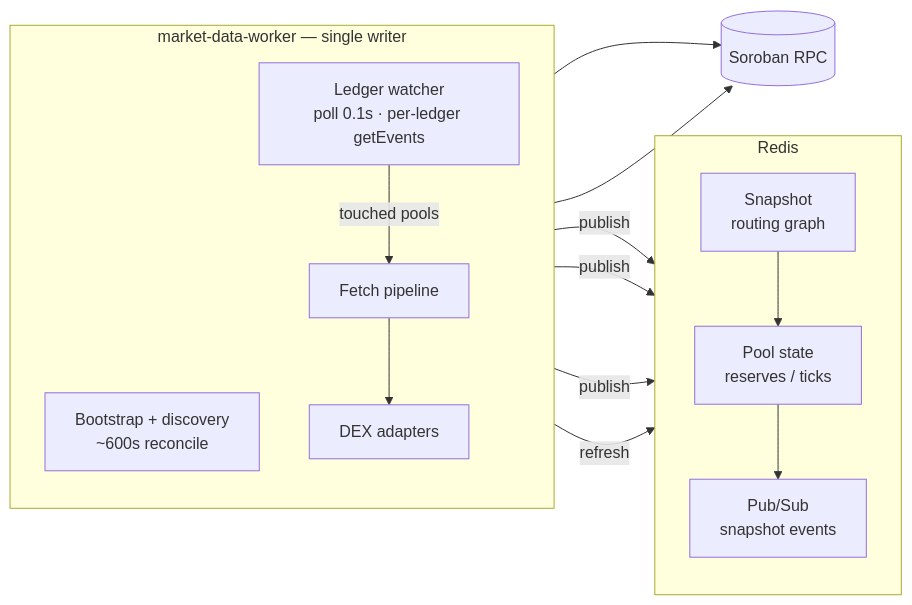
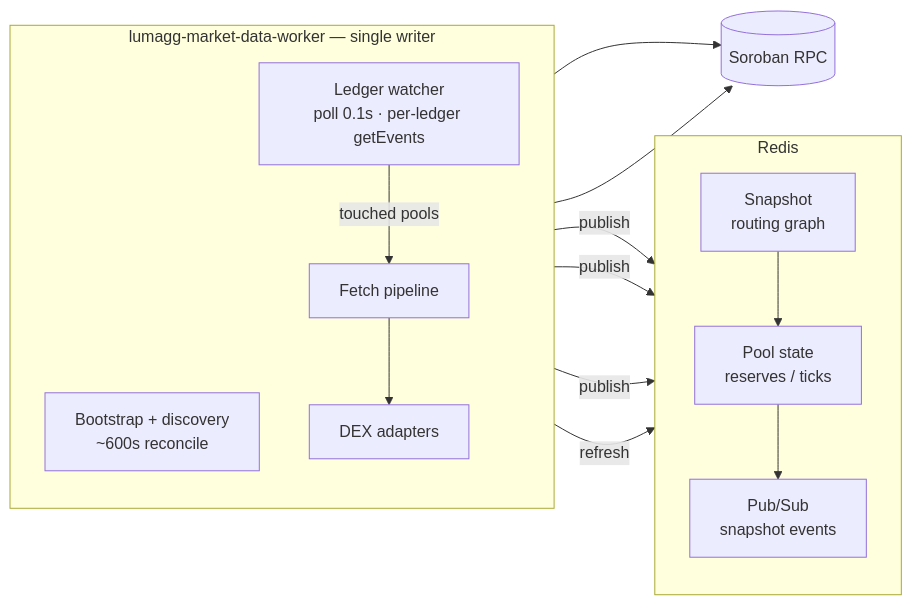
Before and after one commit to Lum-Agg/stellar-dex-agg: the first of 4 diagrams in README.md, drawn with Mermaid. The commit also changed other lines of this file and 30 other files, not shown here.

````diff
--- a/README.md
+++ b/README.md
@@ -47,31 +47,31 @@
 ```mermaid
 flowchart LR
   subgraph redis [Redis]
     direction TB
     SNAP["Snapshot<br/>routing graph"]
     POOL["Pool state<br/>reserves / ticks"]
     PUB["Pub/Sub<br/>snapshot events"]
     SNAP --> POOL --> PUB
   end
 
-  subgraph worker ["market-data-worker — single writer"]
+  subgraph worker ["lumagg-market-data-worker — single writer"]
     direction TB
     BD["Bootstrap + discovery<br/>~600s reconcile"]
     LW["Ledger watcher<br/>poll 0.1s · per-ledger getEvents"]
     FP["Fetch pipeline"]
     AD["DEX adapters"]
 
     LW -->|touched pools| FP
     FP --> AD
   end
 
   RPC[(Soroban RPC)]
 
   AD --> RPC
   LW --> RPC
 
   BD -->|publish| SNAP
   BD -->|publish| POOL
   BD -->|publish| PUB
   FP -->|refresh| POOL
 ```
````
